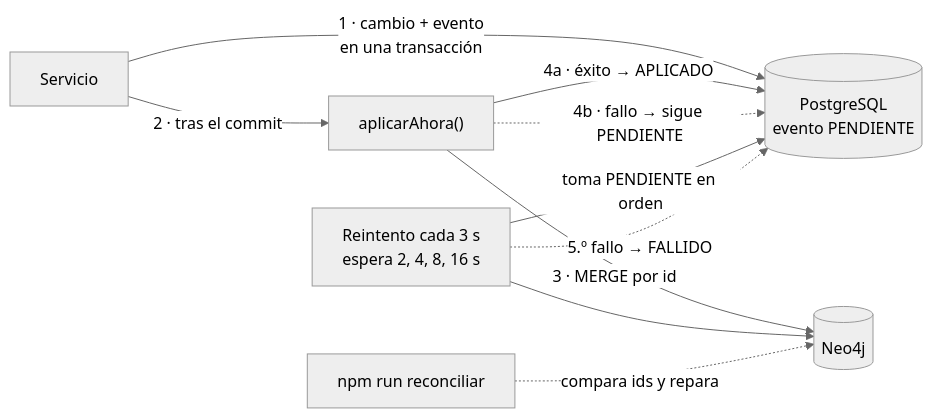
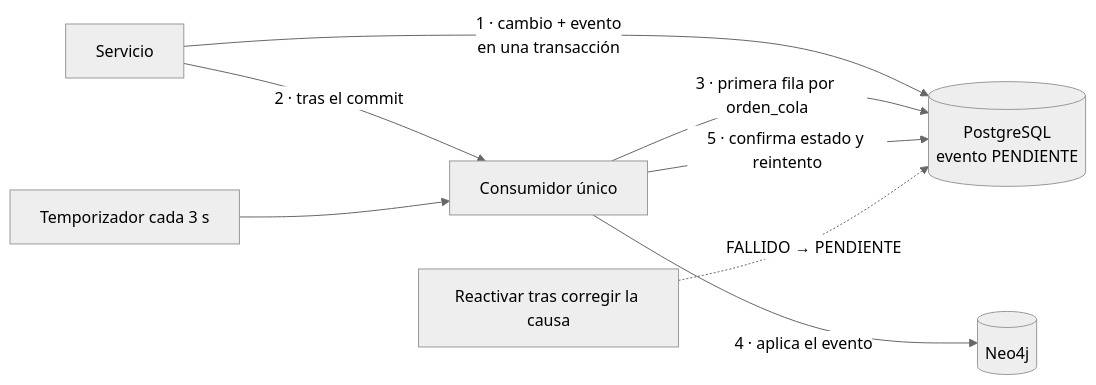
Before and after one commit to The-Tito/qatok-backend: the second of 4 diagrams in docs/arquitectura.md, drawn with Mermaid. The commit also changed other lines of this file and 19 other files, not shown here.

Commit message:
sync: conecta la cola ordenada de PostgreSQL con Neo4j

````diff
--- a/docs/arquitectura.md
+++ b/docs/arquitectura.md
@@ -198,13 +198,11 @@
 ```mermaid
 %%{init: {'theme': 'neutral'}}%%
 flowchart LR
   A["Servicio"] -- "1 · cambio + evento<br/>en una transacción" --> B[("PostgreSQL<br/>evento PENDIENTE")]
-  A -- "2 · tras el commit" --> C["aplicarAhora()"]
-  C -- "3 · MERGE por id" --> D[("Neo4j")]
-  C -- "4a · éxito → APLICADO" --> B
-  C -. "4b · fallo → sigue PENDIENTE" .-> B
-  E["Reintento cada 3 s<br/>espera 2, 4, 8, 16 s"] -- "toma PENDIENTE en orden" --> B
-  E --> D
-  E -. "5.º fallo → FALLIDO" .-> B
-  F["npm run reconciliar"] -. "compara ids y repara" .-> D
+  A -- "2 · tras el commit" --> C["Consumidor único"]
+  E["Temporizador cada 3 s"] --> C
+  C -- "3 · primera fila por orden_cola" --> B
+  C -- "4 · aplica el evento" --> D[("Neo4j")]
+  C -- "5 · confirma estado y reintento" --> B
+  F["Reactivar tras corregir la causa"] -. "FALLIDO → PENDIENTE" .-> B
 ```
````
